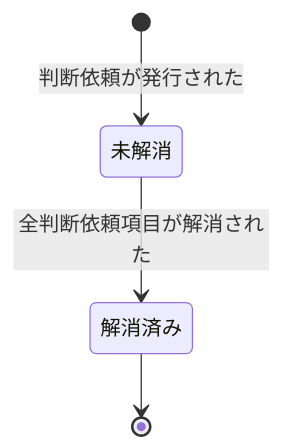
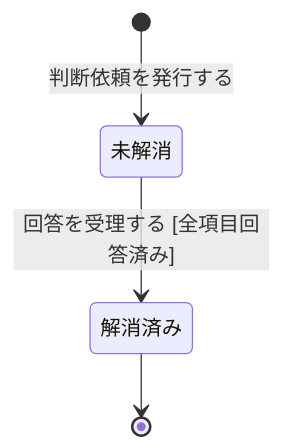
The second of 7 diagrams in docs/development/event-storming.md (kuchita-el/claude-shared-skills), drawn with Mermaid before and after one commit. The commit also changed other lines of this file, not shown here.

First line of the commit message:
docs(event-storming): mermaid 遷移ラベル規約を R1（コマンド+ガード条件）に統一 (#184)

````diff
--- a/docs/development/event-storming.md
+++ b/docs/development/event-storming.md
@@ -138,6 +146,6 @@
 ```mermaid
 stateDiagram-v2
-    [*] --> 未解消: 判断依頼が発行された
-    未解消 --> 解消済み: 全判断依頼項目が解消された
+    [*] --> 未解消: 判断依頼を発行する
+    未解消 --> 解消済み: 回答を受理する [全項目回答済み]
     解消済み --> [*]
 ```
````
